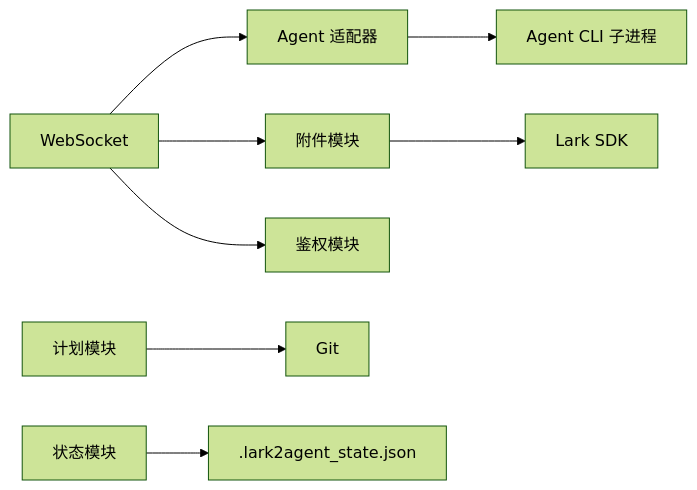
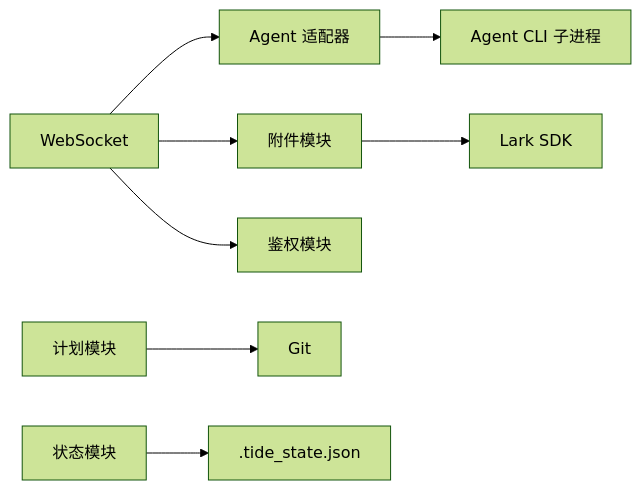
One commit to winditer/tide changed the third of 3 diagrams in .qoder/repowiki/zh/content/开发指南/测试策略.md. Above: the diagram before and after it, drawn with Mermaid (forest theme). The commit also changed other lines of this file and 260 other files, not shown here.

````diff
--- a/.qoder/repowiki/zh/content/开发指南/测试策略.md
+++ b/.qoder/repowiki/zh/content/开发指南/测试策略.md
@@ -230,10 +230,10 @@
 ```mermaid
 graph LR
 ADAPTERS["Agent 适配器"] --> CLI["Agent CLI 子进程"]
 ATTACH["附件模块"] --> LARK["Lark SDK"]
 PLAN["计划模块"] --> GIT["Git"]
-STATE["状态模块"] --> FS[".lark2agent_state.json"]
+STATE["状态模块"] --> FS[".tide_state.json"]
 WS["WebSocket"] --> ADAPTERS
 WS --> ATTACH
 WS --> AUTH["鉴权模块"]
 ```
````
